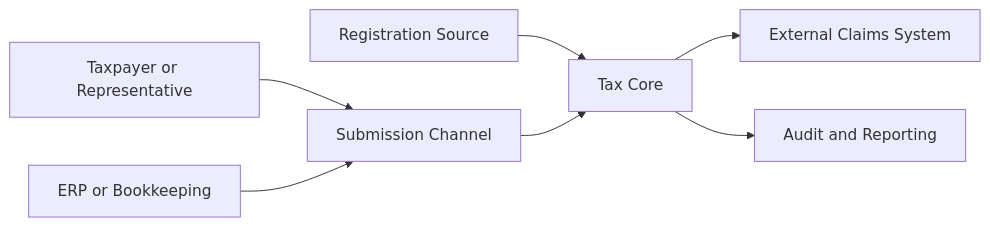
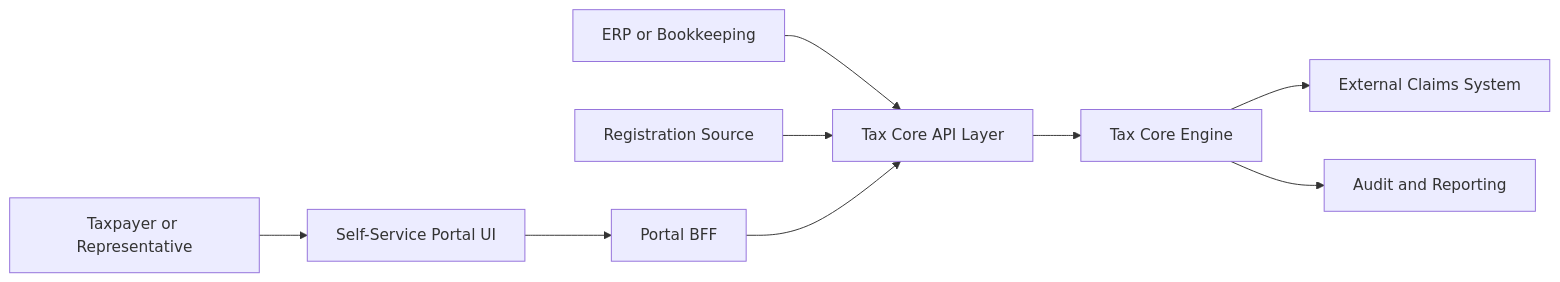
The first of 3 diagrams in architecture/01-target-architecture-blueprint.md (nc-tbi/VATRI-Codex), drawn with Mermaid before and after one commit. The commit also changed other lines of this file and 15 other files, not shown here.

First line of the commit message:
Add module interaction guide and update design to v1.2 with Portal BFF and 3-layer taxonomy

````diff
--- a/architecture/01-target-architecture-blueprint.md
+++ b/architecture/01-target-architecture-blueprint.md
@@ -11,9 +13,11 @@
 ```mermaid
 flowchart LR
-TP[Taxpayer or Representative] --> IN[Submission Channel]
-ERP[ERP or Bookkeeping] --> IN
-REG[Registration Source] --> TC[Tax Core]
-IN --> TC
+TP[Taxpayer or Representative] --> PORTAL[Self-Service Portal UI]
+PORTAL --> BFF[Portal BFF]
+ERP[ERP or Bookkeeping] --> API[Tax Core API Layer]
+REG[Registration Source] --> API
+BFF --> API
+API --> TC[Tax Core Engine]
 TC --> ECS[External Claims System]
 TC --> AUD[Audit and Reporting]
 ```
````
